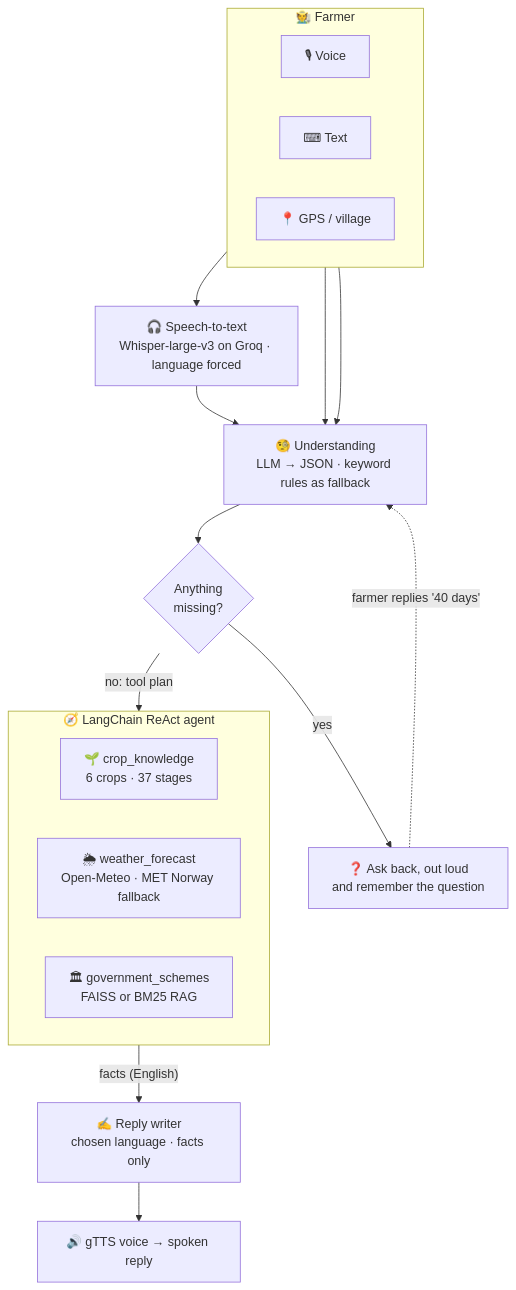
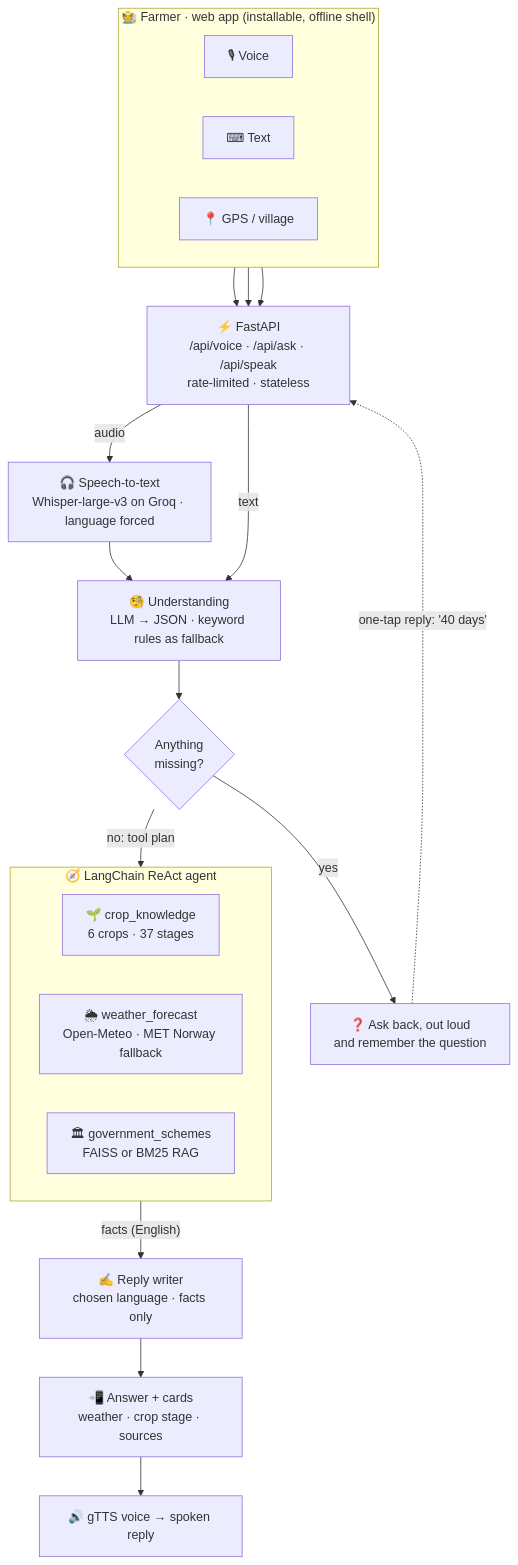
Before and after one commit to sehscape/Multilingual-Agri-AI-Agent: the second of 6 diagrams in README.md, drawn with Mermaid. The commit also changed other lines of this file and 1 other file, not shown here.

First line of the commit message:
Docs: the web app, its API and the browser tests

````diff
--- a/README.md
+++ b/README.md
@@ -154,33 +160,37 @@
 ```mermaid
 flowchart TD
-    subgraph IN["🧑‍🌾 Farmer"]
+    subgraph IN["🧑‍🌾 Farmer · web app (installable, offline shell)"]
         direction LR
         MIC["🎙 Voice"]
         TXT["⌨ Text"]
         GPS["📍 GPS / village"]
     end
 
+    API["⚡ FastAPI<br/>/api/voice · /api/ask · /api/speak<br/>rate-limited · stateless"]
     STT["🎧 Speech-to-text<br/>Whisper-large-v3 on Groq · language forced"]
     U["🧐 Understanding<br/>LLM → JSON · keyword rules as fallback"]
     C{"Anything<br/>missing?"}
     ASK["❓ Ask back, out loud<br/>and remember the question"]
 
     subgraph AGENT["🧭 LangChain ReAct agent"]
         direction LR
         T1["🌱 crop_knowledge<br/>6 crops · 37 stages"]
         T2["🌦 weather_forecast<br/>Open-Meteo · MET Norway fallback"]
         T3["🏛 government_schemes<br/>FAISS or BM25 RAG"]
     end
 
     W["✍ Reply writer<br/>chosen language · facts only"]
+    OUT["📲 Answer + cards<br/>weather · crop stage · sources"]
     V["🔊 gTTS voice → spoken reply"]
 
-    MIC --> STT --> U
-    TXT --> U
-    GPS --> U
+    MIC --> API
+    TXT --> API
+    GPS --> API
+    API -- "audio" --> STT --> U
+    API -- "text" --> U
     U --> C
     C -- "yes" --> ASK
-    ASK -. "farmer replies '40 days'" .-> U
+    ASK -. "one-tap reply: '40 days'" .-> API
     C -- "no: tool plan" --> AGENT
-    AGENT -- "facts (English)" --> W --> V
+    AGENT -- "facts (English)" --> W --> OUT --> V
 ```
````
